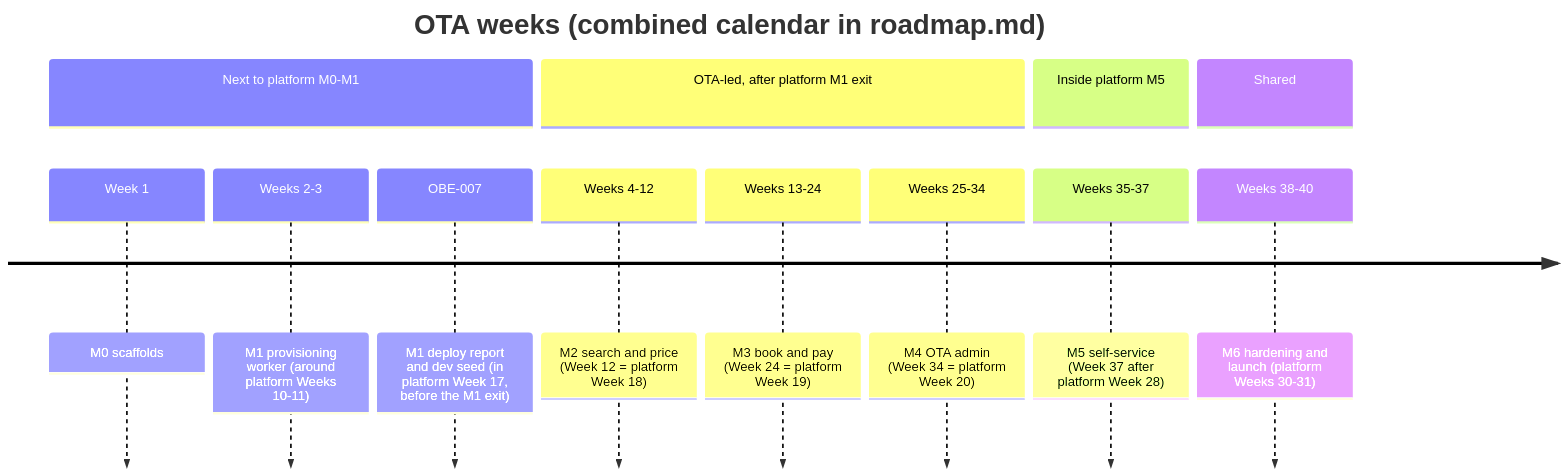
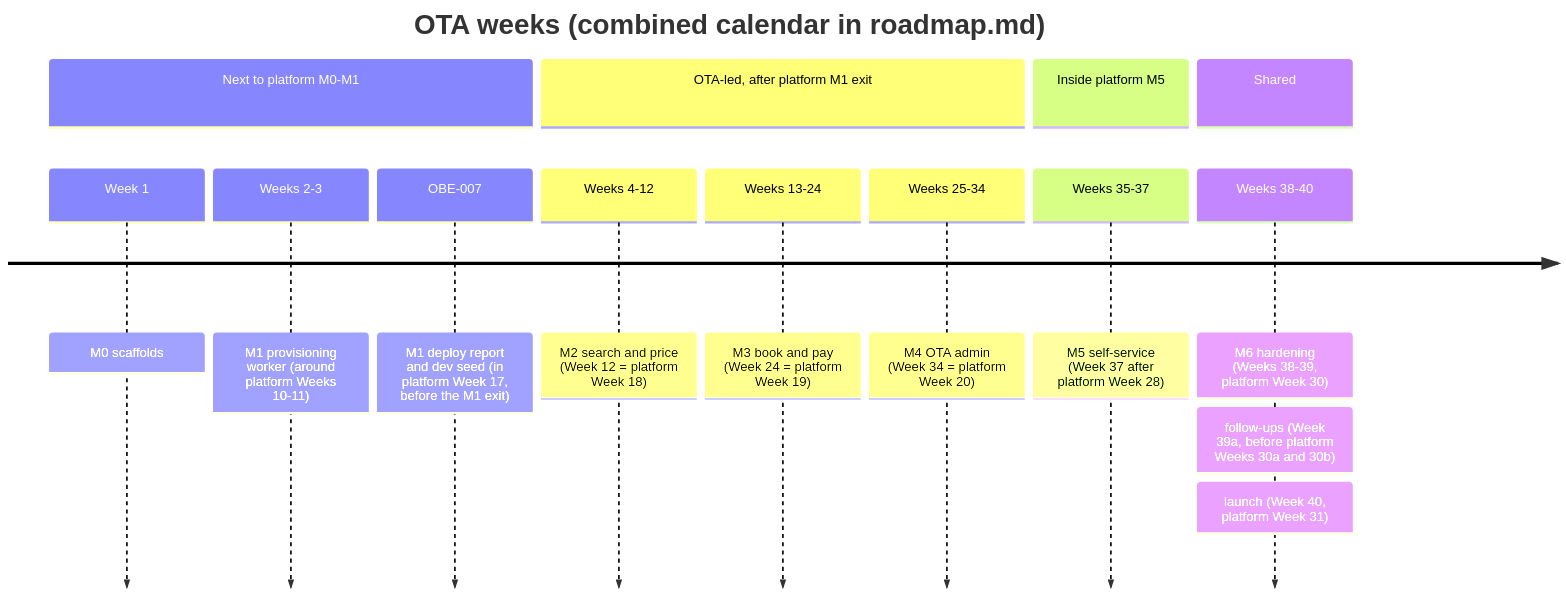
The diagram in ota/docs/plans/solo-developer-plan.md (bhagwati-prasad/velexis-ota), drawn with Mermaid before and after one commit. The commit also changed other lines of this file and 27 other files, not shown here.

````diff
--- a/ota/docs/plans/solo-developer-plan.md
+++ b/ota/docs/plans/solo-developer-plan.md
@@ -67,16 +68,16 @@
 ```mermaid
 timeline
   title OTA weeks (combined calendar in roadmap.md)
   section Next to platform M0-M1
     Week 1 : M0 scaffolds
     Weeks 2-3 : M1 provisioning worker (around platform Weeks 10-11)
     OBE-007 : M1 deploy report and dev seed (in platform Week 17, before the M1 exit)
   section OTA-led, after platform M1 exit
     Weeks 4-12 : M2 search and price (Week 12 = platform Week 18)
     Weeks 13-24 : M3 book and pay (Week 24 = platform Week 19)
     Weeks 25-34 : M4 OTA admin (Week 34 = platform Week 20)
   section Inside platform M5
     Weeks 35-37 : M5 self-service (Week 37 after platform Week 28)
   section Shared
-    Weeks 38-40 : M6 hardening and launch (platform Weeks 30-31)
+    Weeks 38-40 : M6 hardening (Weeks 38-39, platform Week 30) : follow-ups (Week 39a, before platform Weeks 30a and 30b) : launch (Week 40, platform Week 31)
 ```
````
